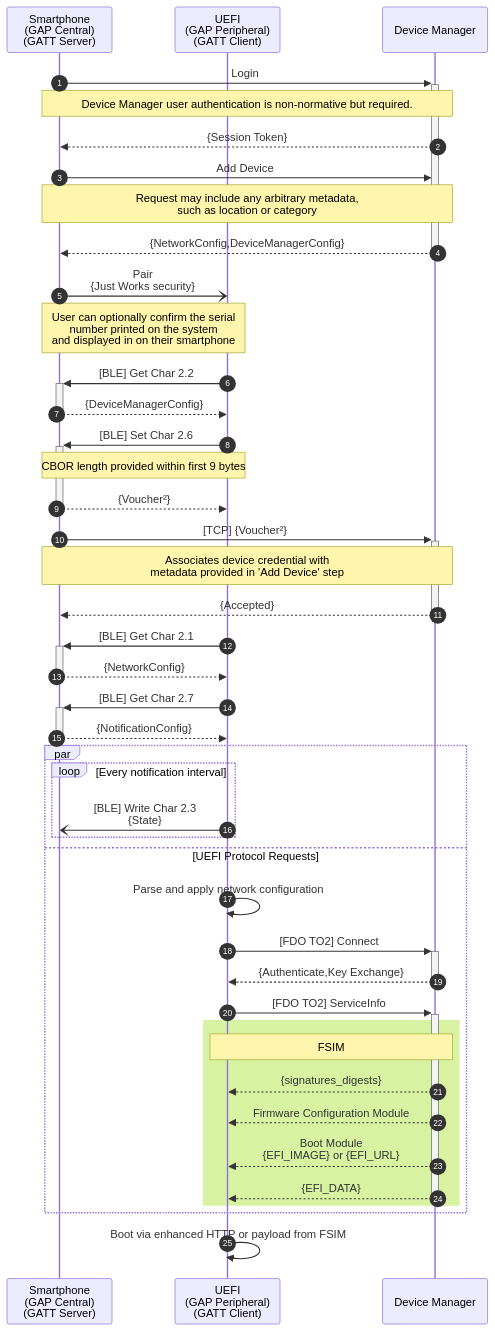
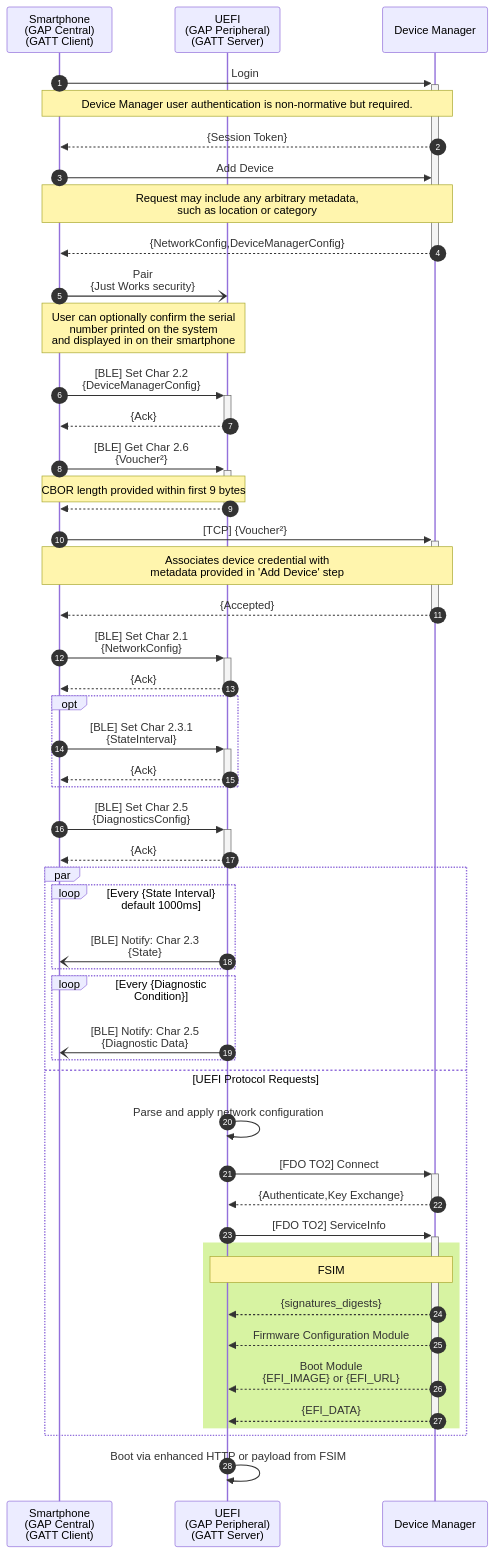
The first of 3 diagrams in SPEC.md (fido-device-onboard/uefi-ble-fdo), drawn with Mermaid before and after one commit. The commit also changed other lines of this file, not shown here.

Commit message:
Revert GATT roles to match in-progress development

````diff
--- a/SPEC.md
+++ b/SPEC.md
@@ -44,54 +44,62 @@
 ```mermaid
 sequenceDiagram
-    participant ue as Smartphone<br/>(GAP Central)<br/>(GATT Server)
-    participant uefi as UEFI<br/>(GAP Peripheral)<br/>(GATT Client)
+    participant ue as Smartphone<br/>(GAP Central)<br/>(GATT Client)
+    participant uefi as UEFI<br/>(GAP Peripheral)<br/>(GATT Server)
     participant dm as Device Manager
 
     autonumber
 
     ue ->>+ dm: Login
     note over ue,dm: Device Manager user authentication is non-normative but required.
     dm -->> ue: {Session Token}
     ue ->> dm: Add Device
     note over ue,dm: Request may include any arbitrary metadata,<br/>such as location or category
     dm -->>- ue: {NetworkConfig,DeviceManagerConfig}
 
     ue -) uefi: Pair<br>{Just Works security}
     note over ue, uefi: User can optionally confirm the serial<br/>number printed on the system<br/>and displayed in on their smartphone
 
-    uefi ->>+ ue: [BLE] Get Char 2.2
-    ue -->>- uefi: {DeviceManagerConfig}
+    ue ->>+ uefi: [BLE] Set Char 2.2<br/>{DeviceManagerConfig}
+    uefi -->>- ue: {Ack}
 
-    uefi ->>+ ue: [BLE] Set Char 2.6
+    ue ->>+ uefi: [BLE] Get Char 2.6<br/>{Voucher²}
     note over ue,uefi: CBOR length provided within first 9 bytes
-    ue -->>- uefi: {Voucher²}
+    uefi -->>- ue: 
 
     ue ->>+ dm: [TCP] {Voucher²}
     note over ue, dm: Associates device credential with<br/>metadata provided in 'Add Device' step
     dm -->>- ue: {Accepted}
 
-    uefi ->>+ ue: [BLE] Get Char 2.1
-    ue -->>- uefi: {NetworkConfig}
+    ue ->>+ uefi: [BLE] Set Char 2.1<br/>{NetworkConfig}
+    uefi -->>- ue: {Ack}
 
-    uefi ->>+ ue: [BLE] Get Char 2.7
-    ue -->>- uefi: {NotificationConfig}
+    opt
+    ue ->>+ uefi: [BLE] Set Char 2.3.1<br/>{StateInterval}
+    uefi -->>- ue: {Ack}
+    end
+
+    ue ->>+ uefi: [BLE] Set Char 2.5<br/>{DiagnosticsConfig}
+    uefi -->>- ue: {Ack}
 
     par
-        loop Every notification interval
-        uefi -) ue: [BLE] Write Char 2.3<br/>{State}
-    end
-     and UEFI Protocol Requests
+        loop Every {State Interval}<br/>default 1000ms
+        uefi -) ue: [BLE] Notify: Char 2.3<br/>{State}
+        end
+        loop Every {Diagnostic Condition}
+        uefi -) ue: [BLE] Notify: Char 2.5<br/>{Diagnostic Data}
+        end
+    and UEFI Protocol Requests
         uefi ->> uefi: Parse and apply network configuration
         uefi ->>+ dm: [FDO TO2] Connect
         dm -->>- uefi: {Authenticate,Key Exchange}
         uefi ->>+ dm: [FDO TO2] ServiceInfo
         rect rgb(215,243,162)
             note over dm,uefi: FSIM
             dm -->> uefi: {signatures_digests}
             dm -->> uefi: Firmware Configuration Module
             dm -->> uefi: Boot Module<br/>{EFI_IMAGE} or {EFI_URL}
             dm -->>- uefi: {EFI_DATA}
         end
     end
     uefi ->> uefi: Boot via enhanced HTTP or payload from FSIM
 ```
````
